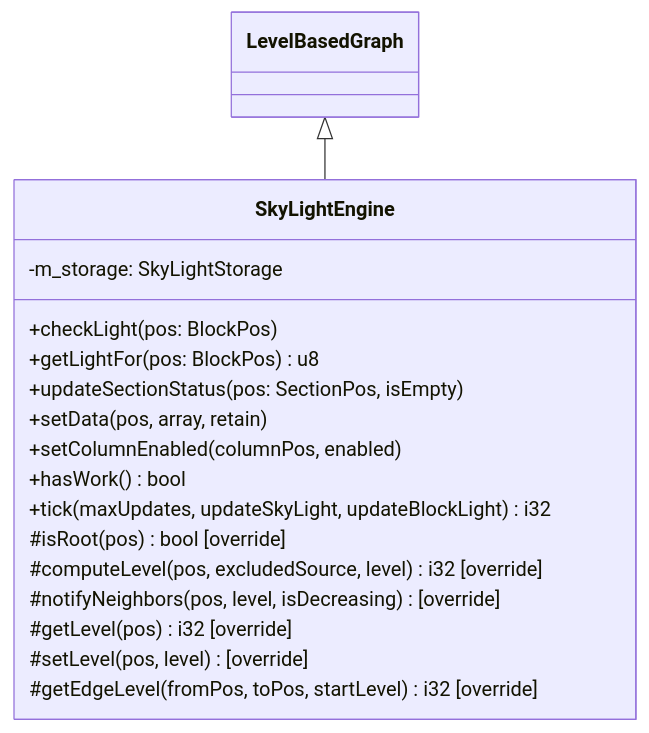
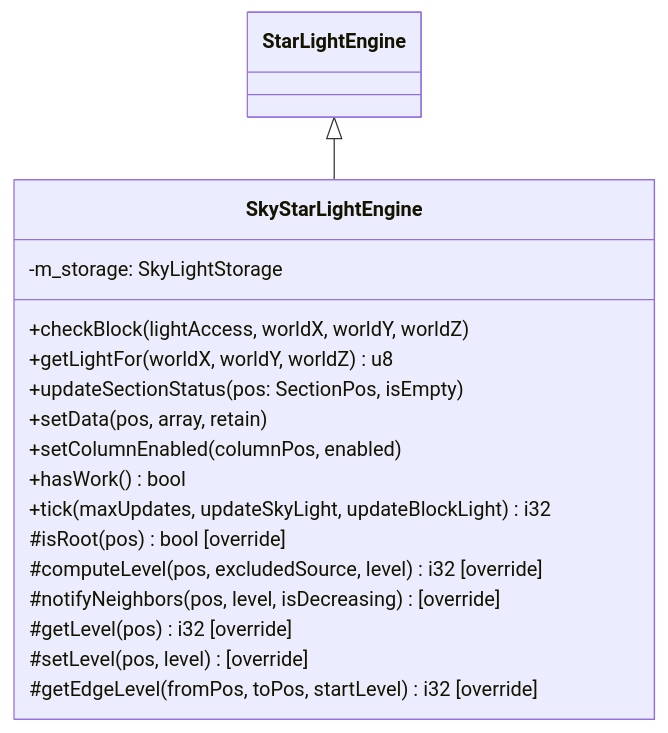
One commit to g122622/Cubium changed the third of 6 diagrams in src/common/world/lighting/engine/README.md. Above: the diagram before and after it, drawn with Mermaid. The commit also changed other lines of this file and 29 other files, not shown here.

````diff
--- a/src/common/world/lighting/engine/README.md
+++ b/src/common/world/lighting/engine/README.md
@@ -124,22 +125,22 @@
 ```mermaid
 classDiagram
-    LevelBasedGraph <|-- SkyLightEngine
-    class SkyLightEngine {
+    StarLightEngine <|-- SkyStarLightEngine
+    class SkyStarLightEngine {
         -m_storage: SkyLightStorage
 
-        +checkLight(pos: BlockPos)
-        +getLightFor(pos: BlockPos) u8
+        +checkBlock(lightAccess, worldX, worldY, worldZ)
+        +getLightFor(worldX, worldY, worldZ) u8
         +updateSectionStatus(pos: SectionPos, isEmpty)
         +setData(pos, array, retain)
         +setColumnEnabled(columnPos, enabled)
         +hasWork() bool
         +tick(maxUpdates, updateSkyLight, updateBlockLight) i32
 
         #isRoot(pos) bool [override]
         #computeLevel(pos, excludedSource, level) i32 [override]
         #notifyNeighbors(pos, level, isDecreasing) [override]
         #getLevel(pos) i32 [override]
         #setLevel(pos, level) [override]
         #getEdgeLevel(fromPos, toPos, startLevel) i32 [override]
     }
 ```
````
